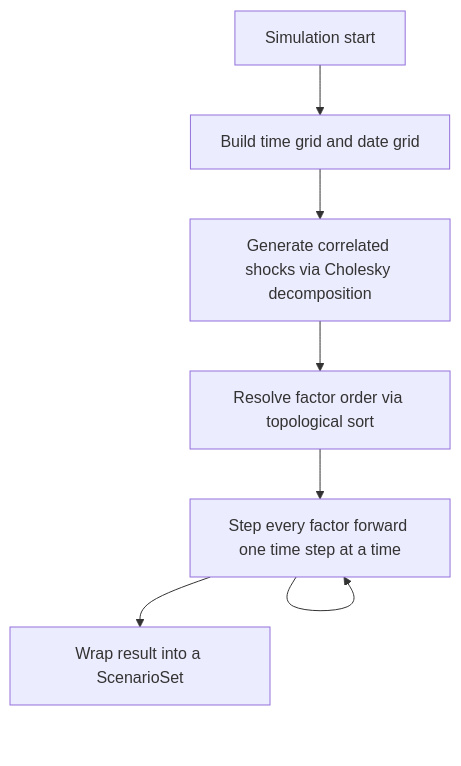
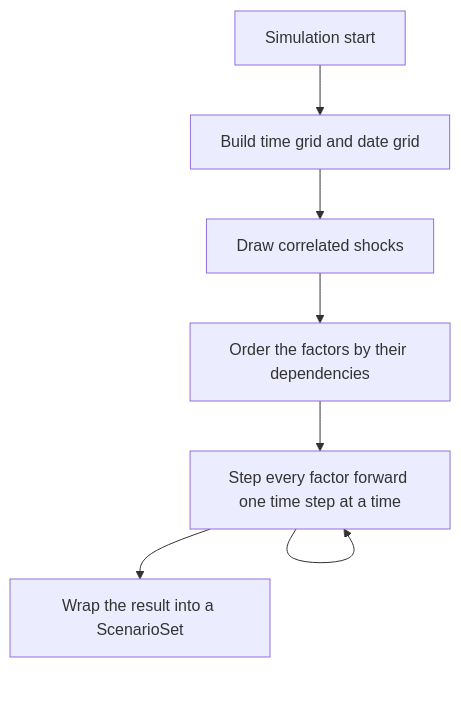
Before and after one commit to JerBouma/jerbouma.github.io: the diagram in _pages/financescenarios/documentation/simulation-engine.md, drawn with Mermaid. The commit also changed other lines of this file, not shown here.

```diff
--- a/_pages/financescenarios/documentation/simulation-engine.md
+++ b/_pages/financescenarios/documentation/simulation-engine.md
@@ -52,9 +43,9 @@
 <div class="mermaid">
 flowchart TD
     start[Simulation start] --> timegrid[Build time grid and date grid]
-    timegrid --> shocks[Generate correlated shocks via Cholesky decomposition]
-    shocks --> order[Resolve factor order via topological sort]
+    timegrid --> shocks[Draw correlated shocks]
+    shocks --> order[Order the factors by their dependencies]
     order --> loop[Step every factor forward one time step at a time]
     loop --> loop
-    loop --> scenarioset[Wrap result into a ScenarioSet]
+    loop --> scenarioset[Wrap the result into a ScenarioSet]
 </div>
```
